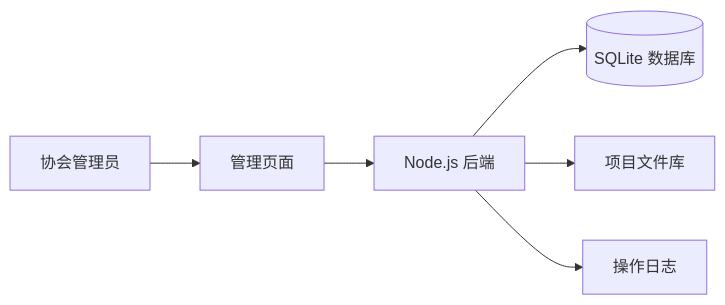
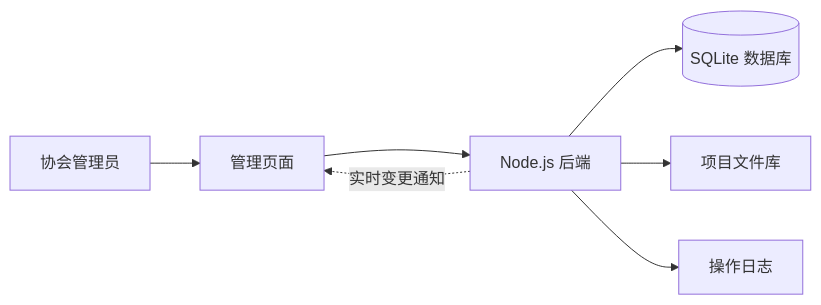
One commit to wuwen0525/cadp-standard-management changed the diagram in docs/系统设计.md. Above: the diagram before and after it, drawn with Mermaid. The commit also changed other lines of this file and 7 other files, not shown here.

````diff
--- a/docs/系统设计.md
+++ b/docs/系统设计.md
@@ -9,8 +9,9 @@
 ```mermaid
 flowchart LR
     U[协会管理员] --> W[管理页面]
     W --> A[Node.js 后端]
     A --> D[(SQLite 数据库)]
     A --> F[项目文件库]
     A --> L[操作日志]
+    A -.实时变更通知.-> W
 ```
````
